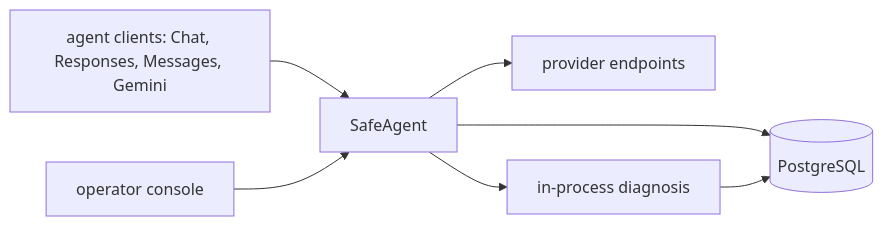
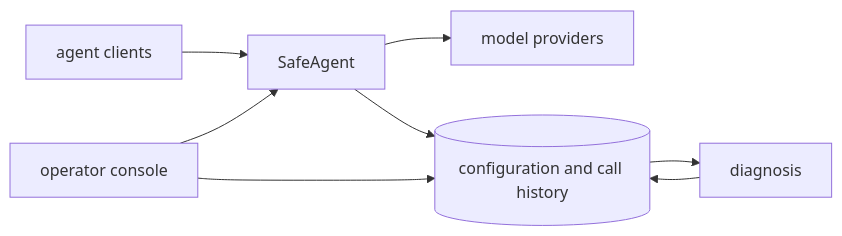
Before and after one commit to yv1ing/SafeAgent: the diagram in docs/human/architecture.md, drawn with Mermaid. The commit also changed other lines of this file and 70 other files, not shown here.

Commit message:
refactor: prune unused call states, bound upstream clients and rewrite the guides

````diff
--- a/docs/human/architecture.md
+++ b/docs/human/architecture.md
@@ -9,9 +9,10 @@
 ```mermaid
 flowchart LR
-    Clients["agent clients: Chat, Responses, Messages, Gemini"] --> Gateway["SafeAgent"]
+    Clients["agent clients"] --> Gateway["SafeAgent"]
     Console["operator console"] --> Gateway
-    Gateway --> Providers["provider endpoints"]
-    Gateway --> Analysis["in-process diagnosis"]
-    Gateway --> DB[("PostgreSQL")]
-    Analysis --> DB
+    Gateway --> Providers["model providers"]
+    Gateway --> History[("configuration and call history")]
+    Console --> History
+    History --> Diagnosis["diagnosis"]
+    Diagnosis --> History
 ```
````
